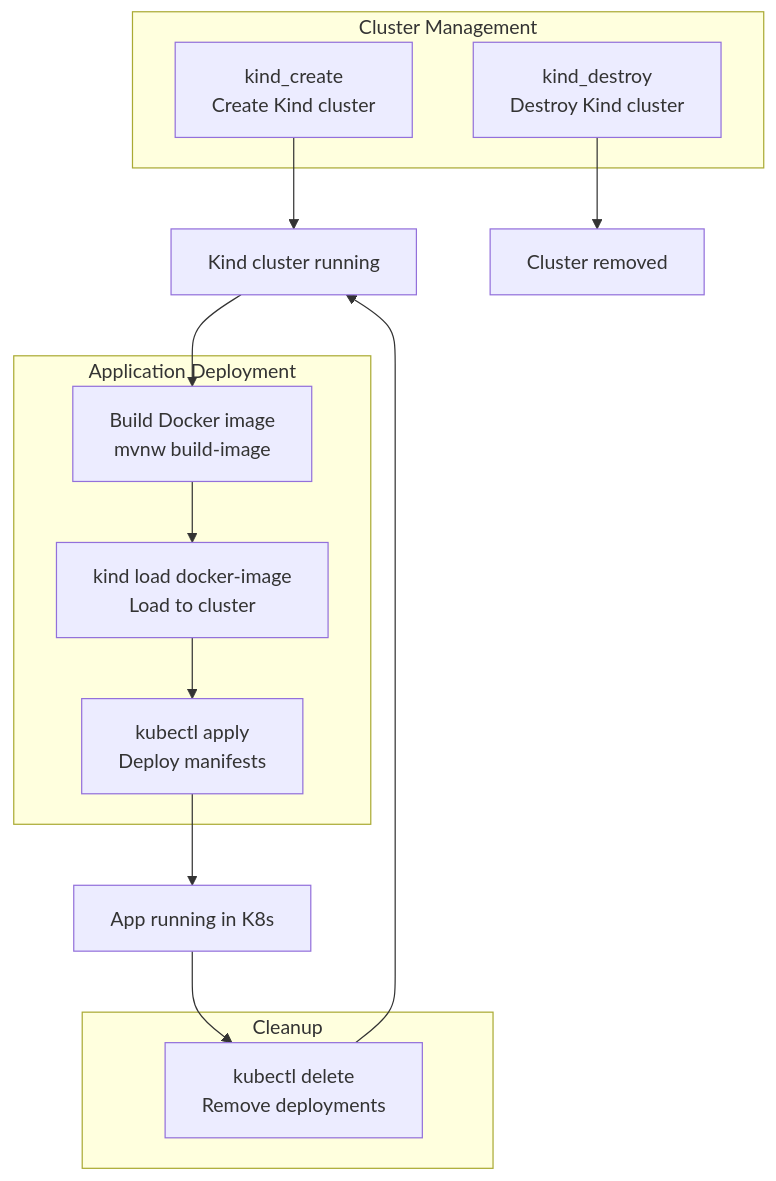
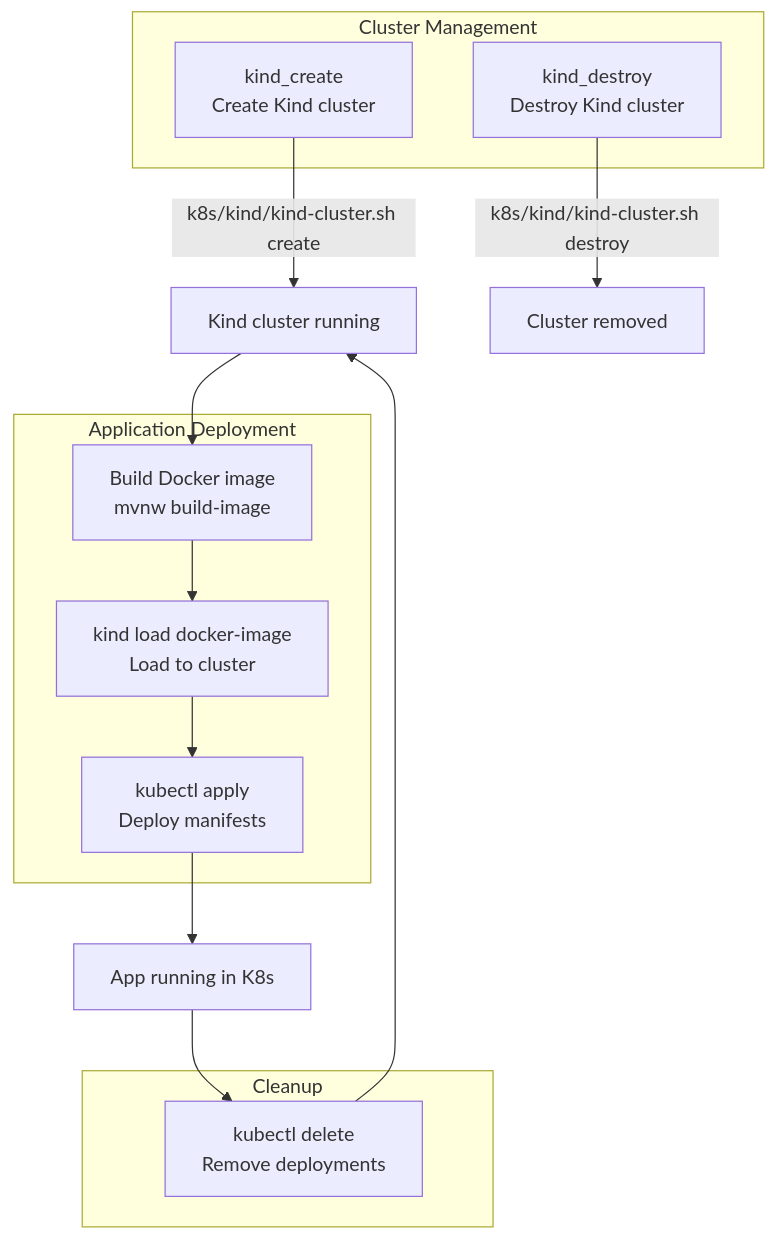
One commit to philipz/spring-modular-monolith changed the fourth of 6 diagrams in docs/deepwiki/Development-Workflow-and-Build-Tasks.md. Above: the diagram before and after it, drawn with Mermaid. The commit also changed other lines of this file and 55 other files, not shown here.

````diff
--- a/docs/deepwiki/Development-Workflow-and-Build-Tasks.md
+++ b/docs/deepwiki/Development-Workflow-and-Build-Tasks.md
@@ -323,37 +323,37 @@
 ```mermaid
 flowchart TD
 
 KC["kind_create<br>Create Kind cluster"]
 KD["kind_destroy<br>Destroy Kind cluster"]
 BI["Build Docker image<br>mvnw build-image"]
 LI["kind load docker-image<br>Load to cluster"]
 AD["kubectl apply<br>Deploy manifests"]
 UD["kubectl delete<br>Remove deployments"]
 ClusterReady["Kind cluster running"]
 AppRunning["App running in K8s"]
 ClusterGone["Cluster removed"]
 
-KC --> ClusterReady
+KC -->|"k8s/kind/kind-cluster.sh create"| ClusterReady
 ClusterReady --> BI
 AD --> AppRunning
 AppRunning --> UD
 UD --> ClusterReady
-KD --> ClusterGone
+KD -->|"k8s/kind/kind-cluster.sh destroy"| ClusterGone
 
 subgraph Cleanup ["Cleanup"]
     UD
 end
 
 subgraph subGraph1 ["Application Deployment"]
     BI
     LI
     AD
     BI --> LI
     LI --> AD
 end
 
 subgraph subGraph0 ["Cluster Management"]
     KC
     KD
 end
 ```
````
